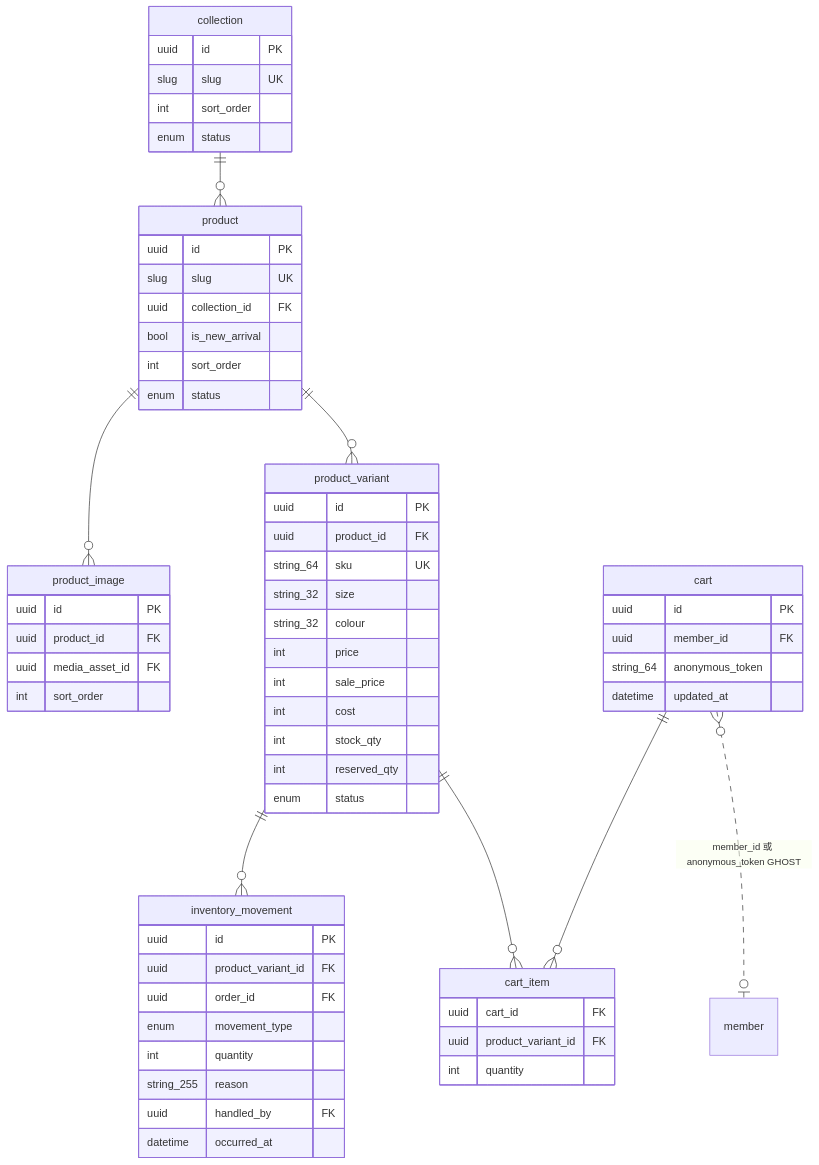
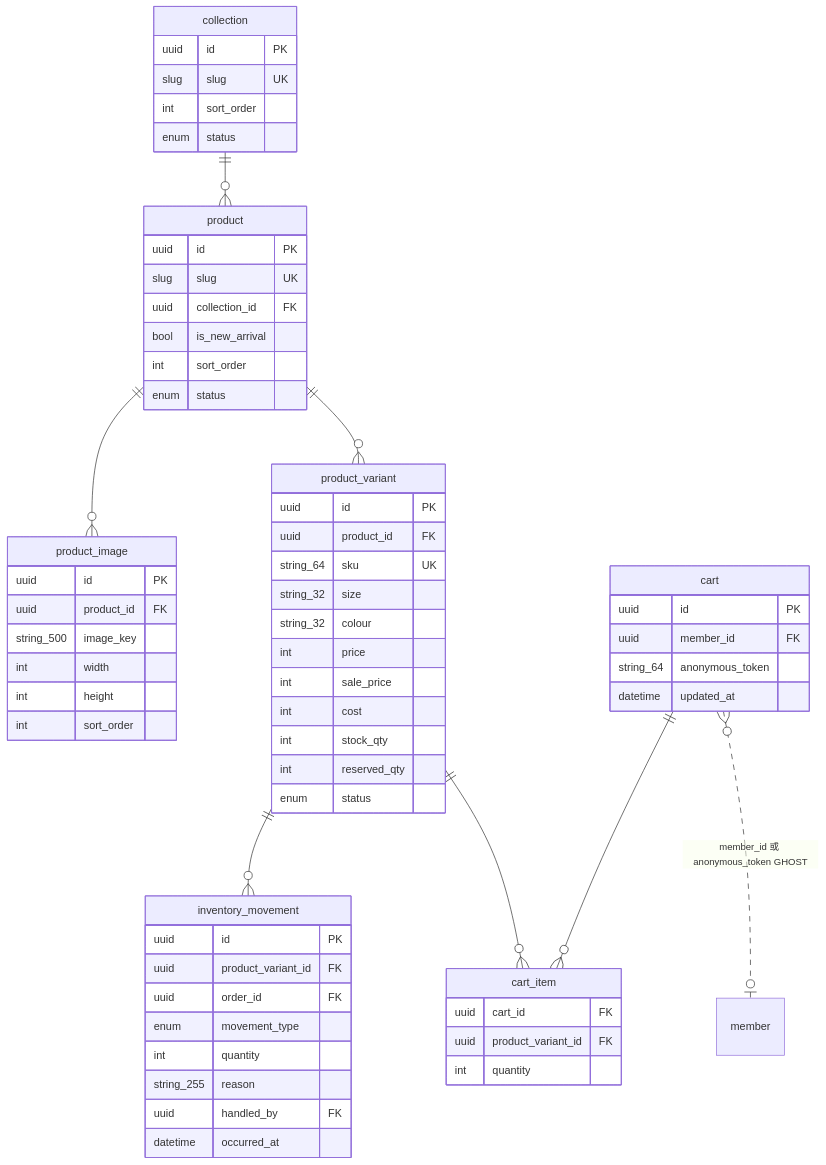
Before and after one commit to waiting0201/tcrfc: diagram 11 of 16 in docs/12a-database-erd.md, drawn with Mermaid. The commit also changed other lines of this file and 24 other files, not shown here.

First line of the commit message:
feat: 後台圖片改為欄位直傳，新增 STATUS.md 工作追蹤表

````diff
--- a/docs/12a-database-erd.md
+++ b/docs/12a-database-erd.md
@@ -655,64 +653,66 @@
 ```mermaid
 erDiagram
   collection ||--o{ product : ""
   product ||--o{ product_image : ""
   product ||--o{ product_variant : ""
   product_variant ||--o{ inventory_movement : ""
   product_variant ||--o{ cart_item : ""
   cart ||--o{ cart_item : ""
   cart }o..o| member : "member_id 或 anonymous_token GHOST"
   collection {
     uuid id PK
     slug slug UK
     int sort_order
     enum status
   }
   product {
     uuid id PK
     slug slug UK
     uuid collection_id FK
     bool is_new_arrival
     int sort_order
     enum status
   }
   product_image {
     uuid id PK
     uuid product_id FK
-    uuid media_asset_id FK
+    string_500 image_key
+    int width
+    int height
     int sort_order
   }
   product_variant {
     uuid id PK
     uuid product_id FK
     string_64 sku UK
     string_32 size
     string_32 colour
     int price
     int sale_price
     int cost
     int stock_qty
     int reserved_qty
     enum status
   }
   inventory_movement {
     uuid id PK
     uuid product_variant_id FK
     uuid order_id FK
     enum movement_type
     int quantity
     string_255 reason
     uuid handled_by FK
     datetime occurred_at
   }
   cart {
     uuid id PK
     uuid member_id FK
     string_64 anonymous_token
     datetime updated_at
   }
   cart_item {
     uuid cart_id FK
     uuid product_variant_id FK
     int quantity
   }
 ```
````
